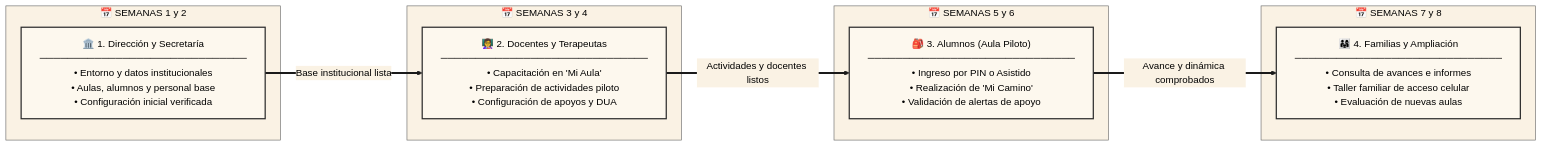
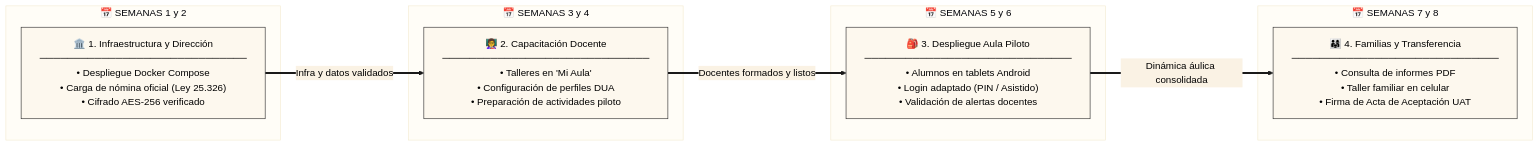
The diagram in login/11-plan-implementacion-transicion-produccion.md (Sacha-html/InclusiON), drawn with Mermaid before and after one commit. The commit also changed other lines of this file and 8 other files, not shown here.

````diff
--- a/login/11-plan-implementacion-transicion-produccion.md
+++ b/login/11-plan-implementacion-transicion-produccion.md
@@ -181,41 +189,38 @@
 ```mermaid
 %%{init: {
   'theme': 'base',
   'themeVariables': {
     'primaryColor': '#FDF8EE',
     'primaryTextColor': '#000000',
     'primaryBorderColor': '#2A2A2A',
     'lineColor': '#1A1A1A',
     'secondaryColor': '#FAF2E4',
     'tertiaryColor': '#FFFDF7',
     'edgeLabelBackground':'#FAF2E4'
   }
 }}%%
 flowchart LR
 
     subgraph S1 ["📅 SEMANAS 1 y 2"]
-        F1["🏛️ 1. Dirección y Secretaría\n──────────────────────────────\n• Entorno y datos institucionales\n• Aulas, alumnos y personal base\n• Configuración inicial verificada"]
+        F1["🏛️ 1. Infraestructura y Dirección\n──────────────────────────────\n• Despliegue Docker Compose\n• Carga de nómina oficial (Ley 25.326)\n• Cifrado AES-256 verificado"]
     end
 
     subgraph S2 ["📅 SEMANAS 3 y 4"]
-        F2["👩‍🏫 2. Docentes y Terapeutas\n──────────────────────────────\n• Capacitación en 'Mi Aula'\n• Preparación de actividades piloto\n• Configuración de apoyos y DUA"]
+        F2["👩‍🏫 2. Capacitación Docente\n──────────────────────────────\n• Talleres en 'Mi Aula'\n• Configuración de perfiles DUA\n• Preparación de actividades piloto"]
     end
 
     subgraph S3 ["📅 SEMANAS 5 y 6"]
-        F3["🎒 3. Alumnos (Aula Piloto)\n──────────────────────────────\n• Ingreso por PIN o Asistido\n• Realización de 'Mi Camino'\n• Validación de alertas de apoyo"]
+        F3["🎒 3. Despliegue Aula Piloto\n──────────────────────────────\n• Alumnos en tablets Android\n• Login adaptado (PIN / Asistido)\n• Validación de alertas docentes"]
     end
 
     subgraph S4 ["📅 SEMANAS 7 y 8"]
-        F4["👨‍👩‍👧 4. Familias y Ampliación\n──────────────────────────────\n• Consulta de avances e informes\n• Taller familiar de acceso celular\n• Evaluación de nuevas aulas"]
+        F4["👨‍👩‍👧 4. Familias y Transferencia\n──────────────────────────────\n• Consulta de informes PDF\n• Taller familiar en celular\n• Firma de Acta de Aceptación UAT"]
     end
 
-    F1 ==>|"Base institucional lista"| F2
-    F2 ==>|"Actividades y docentes listos"| F3
-    F3 ==>|"Avance y dinámica comprobados"| F4
+    F1 ==>|"Infra y datos validados"| F2
+    F2 ==>|"Docentes formados y listos"| F3
+    F3 ==>|"Dinámica áulica consolidada"| F4
 
     classDef creamNode fill:#FDF8EE,stroke:#2A2A2A,stroke-width:2px,color:#000000;
     classDef subNode fill:#FAF2E4,stroke:#666666,stroke-width:1px,color:#000000;
-
-    class F1,F2,F3,F4 creamNode;
-    class S1,S2,S3,S4 subNode;
 ```
````
